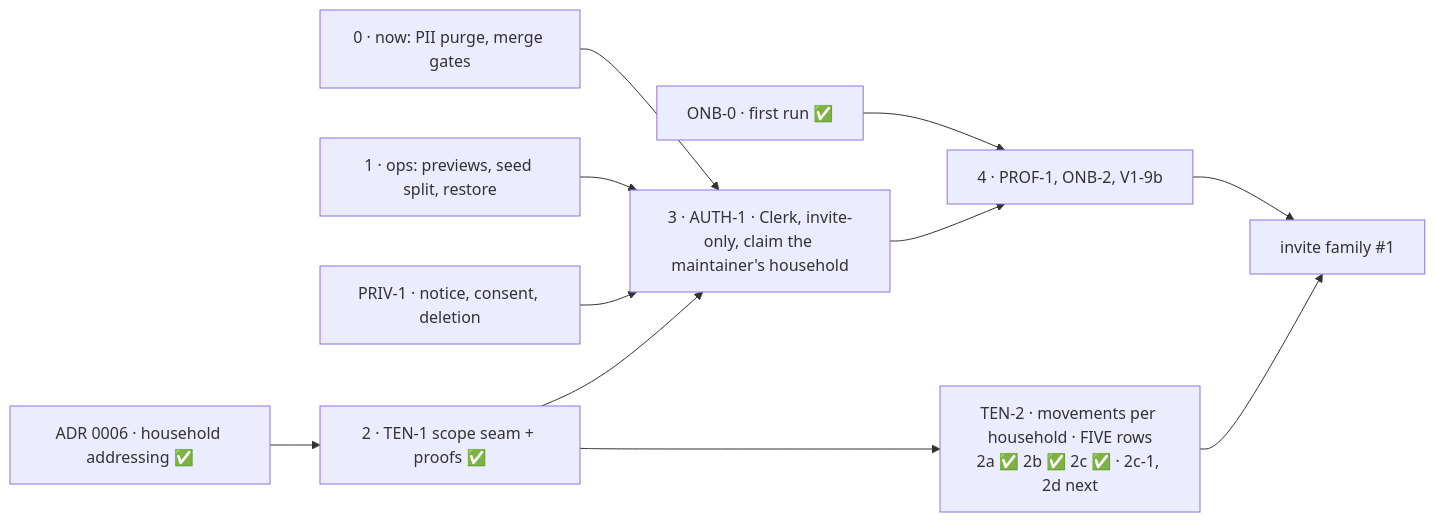
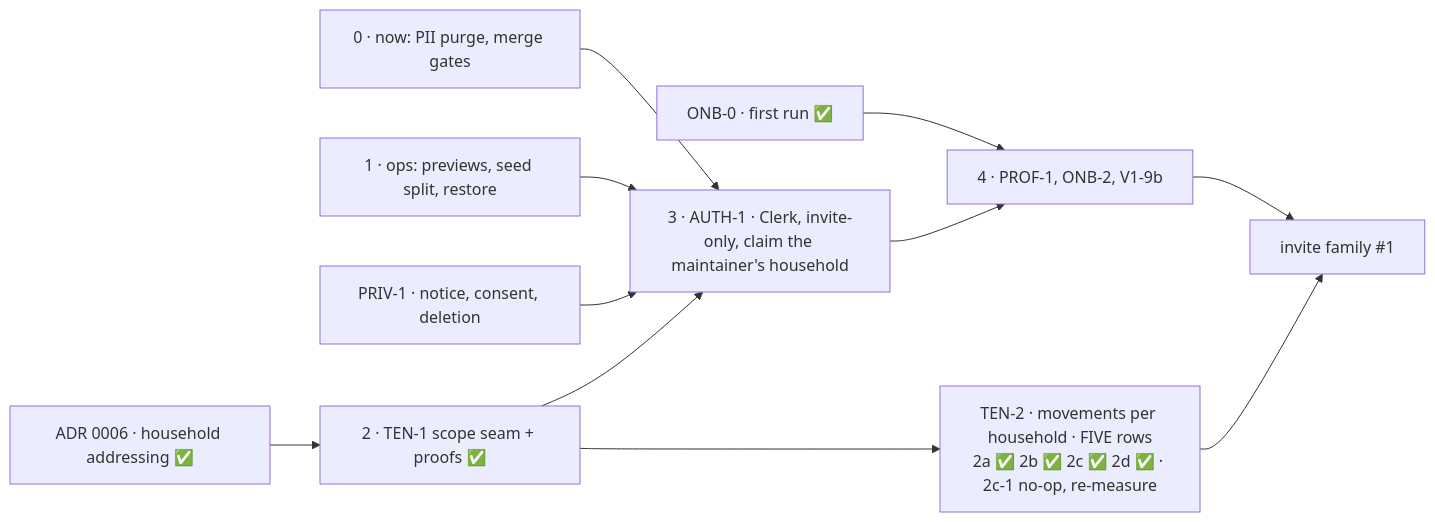
Before and after one commit to ralamode/mat-plan: the diagram in docs/milestones/beta-1.md, drawn with Mermaid. The commit also changed other lines of this file and 13 other files, not shown here.

````diff
--- a/docs/milestones/beta-1.md
+++ b/docs/milestones/beta-1.md
@@ -77,13 +77,13 @@
 ```mermaid
 flowchart LR
   N[0 · now: PII purge, merge gates] --> AU
   O[1 · ops: previews, seed split, restore] --> AU
   ONB[ONB-0 · first run ✅] --> S
   PRIV[PRIV-1 · notice, consent, deletion] --> AU
   C[ADR 0006 · household addressing ✅] --> T[2 · TEN-1 scope seam + proofs ✅]
   T --> AU[3 · AUTH-1 · Clerk, invite-only, claim the maintainer's household]
-  T --> T2[TEN-2 · movements per household · FIVE rows<br/>2a ✅ 2b ✅ 2c ✅ · 2c-1, 2d next]
+  T --> T2[TEN-2 · movements per household · FIVE rows<br/>2a ✅ 2b ✅ 2c ✅ 2d ✅ · 2c-1 no-op, re-measure]
   AU --> S[4 · PROF-1, ONB-2, V1-9b]
   S --> I[invite family #1]
   T2 --> I
 ```
````
